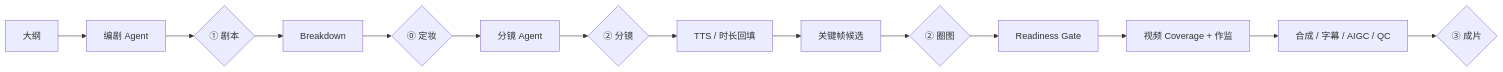
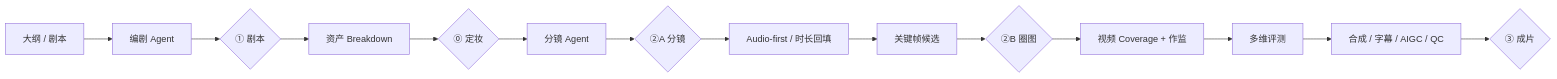
The diagram in README.md (Janettbella69/AI-amnTV), drawn with Mermaid before and after one commit. The commit also changed other lines of this file and 1 other file, not shown here.

````diff
--- a/README.md
+++ b/README.md
@@ -175,16 +151,16 @@
 ```mermaid
 flowchart LR
-  A["大纲"] --> B["编剧 Agent"]
+  A["大纲 / 剧本"] --> B["编剧 Agent"]
   B --> G1{"① 剧本"}
-  G1 --> C["Breakdown"]
+  G1 --> C["资产 Breakdown"]
   C --> G0{"⓪ 定妆"}
   G0 --> D["分镜 Agent"]
-  D --> G2A{"② 分镜"}
-  G2A --> E["TTS / 时长回填"]
+  D --> G2A{"②A 分镜"}
+  G2A --> E["Audio-first / 时长回填"]
   E --> F["关键帧候选"]
-  F --> G2B{"② 圈图"}
-  G2B --> H["Readiness Gate"]
-  H --> I["视频 Coverage + 作监"]
-  I --> J["合成 / 字幕 / AIGC / QC"]
-  J --> G3{"③ 成片"}
+  F --> G2B{"②B 圈图"}
+  G2B --> H["视频 Coverage + 作监"]
+  H --> Q["多维评测"]
+  Q --> I["合成 / 字幕 / AIGC / QC"]
+  I --> G3{"③ 成片"}
 ```
````
